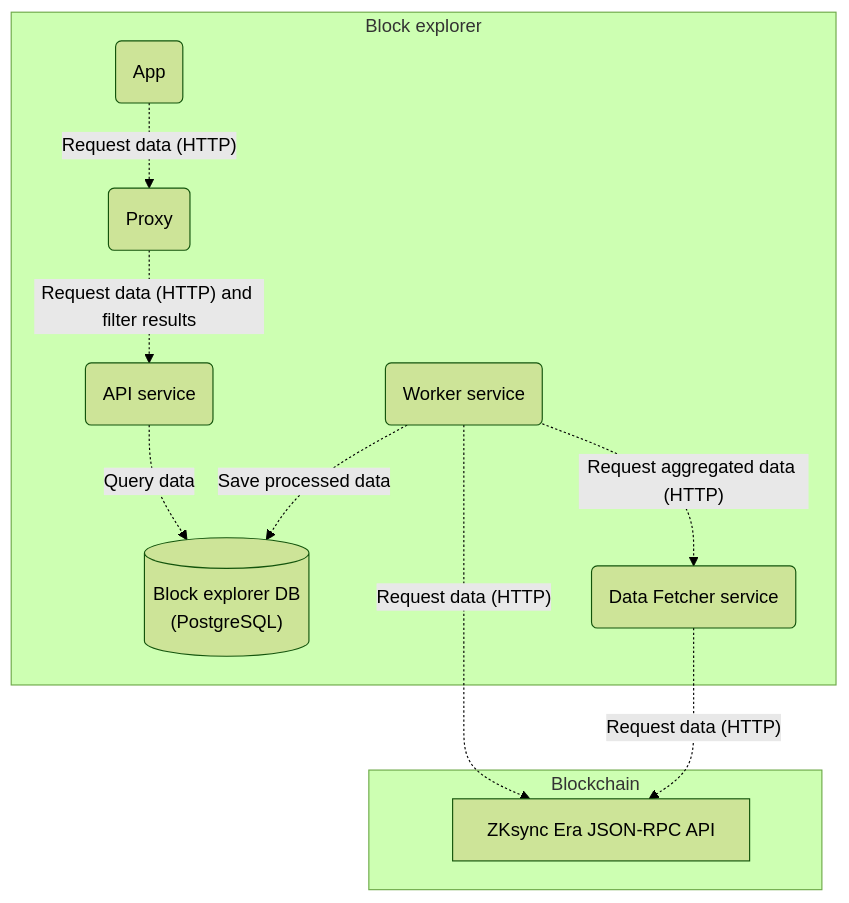
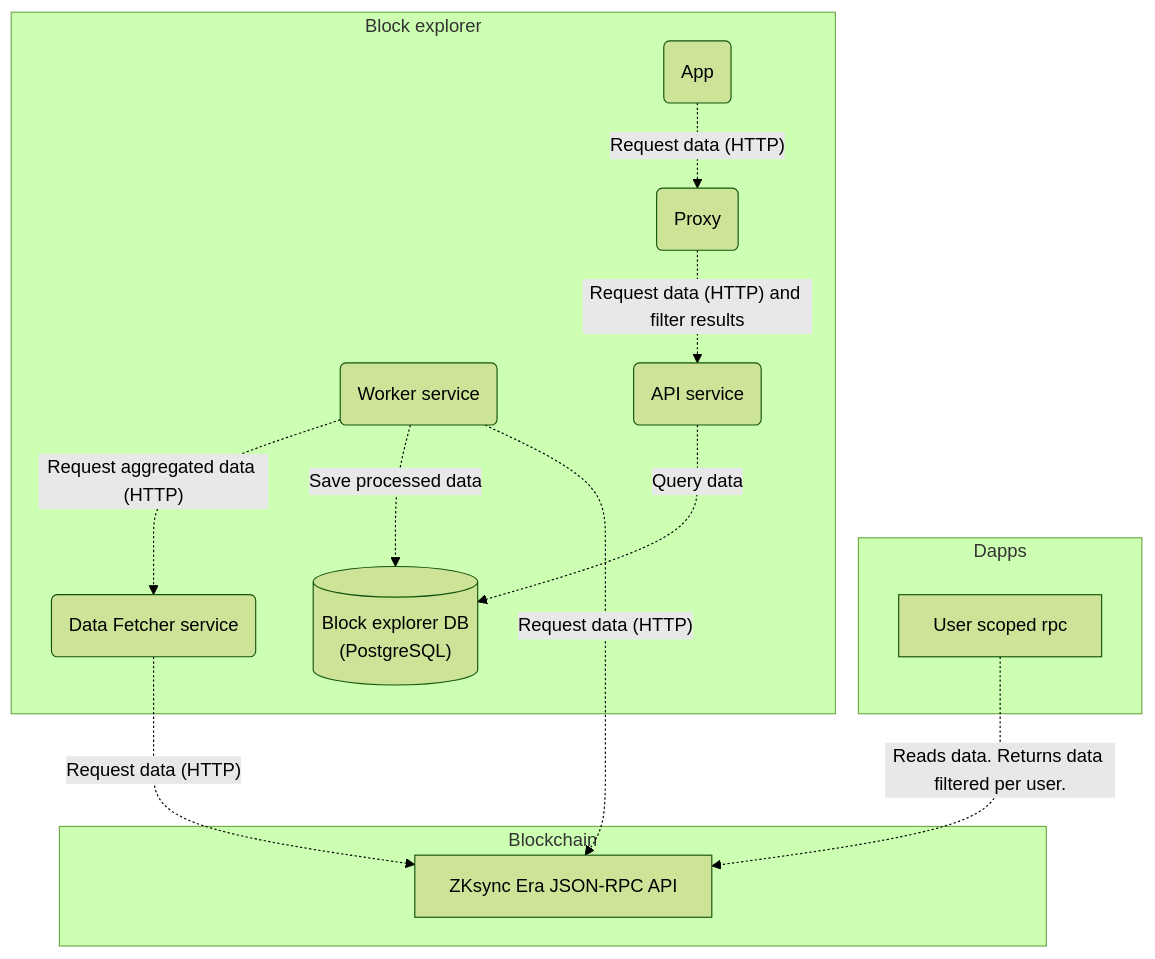
The diagram in README.md (matter-labs/block-explorer), drawn with Mermaid (forest theme) before and after one commit.

Commit message:
chore: added private rpc to readme diagram
added private rpc to readme diagram

````diff
--- a/README.md
+++ b/README.md
@@ -20,25 +20,31 @@
 ```mermaid
 flowchart
   subgraph blockchain[Blockchain]
     Blockchain[ZKsync Era JSON-RPC API]
   end
 
-  subgraph explorer[Block explorer]
+  subgraph dapps[Dapps]
+      PrivateRpc[User scoped rpc]
+  end
+
+
+subgraph explorer[Block explorer]
     Database[("Block explorer DB<br/>(PostgreSQL)")]
     Worker(Worker service)
     Data-Fetcher(Data Fetcher service)
     API(API service)
     App(App)
     Proxy(Proxy)
     
     Worker-."Request aggregated data (HTTP)".->Data-Fetcher
     Data-Fetcher-."Request data (HTTP)".->Blockchain
     Worker-.Save processed data.->Database
 
     App-."Request data (HTTP)".->Proxy
     Proxy-."Request data (HTTP) and filter results".->API
     API-.Query data.->Database
-  end
-
-  Worker-."Request data (HTTP)".->Blockchain
+end
+  
+PrivateRpc -."Reads data. Returns data filtered per user.".->Blockchain
+Worker-."Request data (HTTP)".->Blockchain
 ```
````
